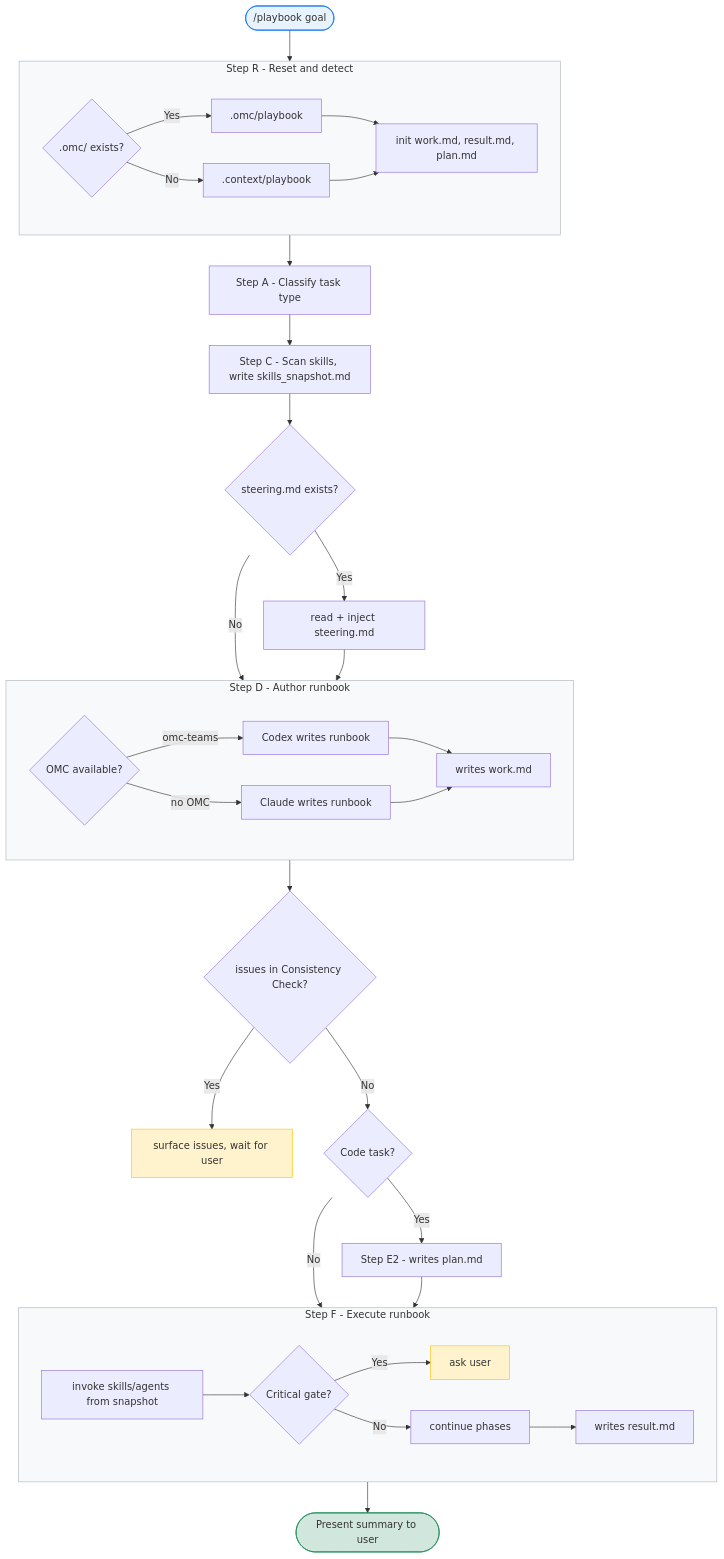
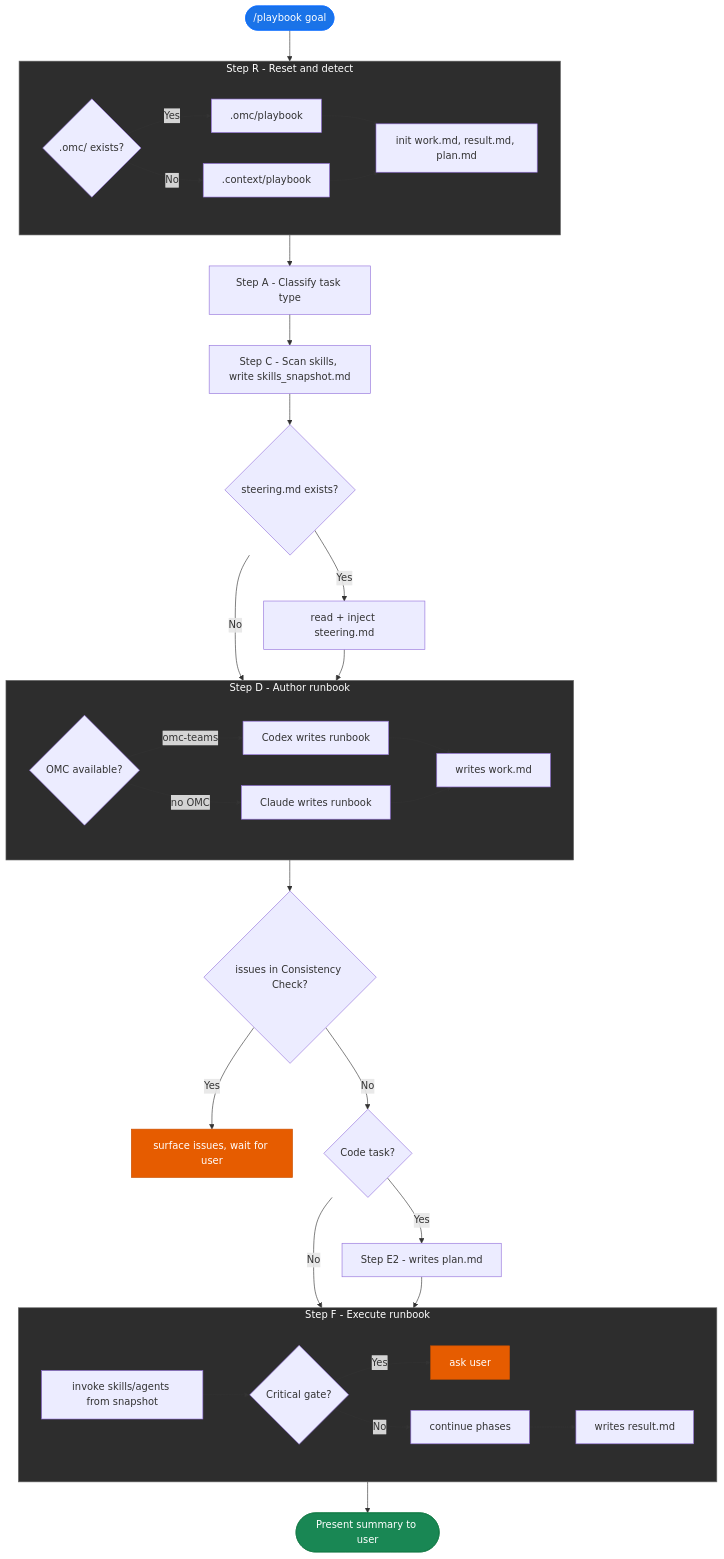
Before and after one commit to AhyoungRyu/claude-code: the diagram in skills/playbook/README.md, drawn with Mermaid.

Commit message:
Improve Mermaid chart contrast: saturated colors with explicit white text

````diff
--- a/skills/playbook/README.md
+++ b/skills/playbook/README.md
@@ -46,55 +46,55 @@
 ```mermaid
 flowchart TD
     START(["/playbook goal"]) --> R
 
     subgraph R["Step R - Reset and detect"]
         R1{".omc/ exists?"}
         R1 -->|Yes| R2[".omc/playbook"]
         R1 -->|No| R3[".context/playbook"]
         R2 & R3 --> R4["init work.md, result.md, plan.md"]
     end
 
     R --> A["Step A - Classify task type"]
 
     A --> C["Step C - Scan skills, write skills_snapshot.md"]
 
     C --> C2{"steering.md exists?"}
     C2 -->|Yes| C2R["read + inject steering.md"]
     C2 -->|No| D
     C2R --> D
 
     subgraph D["Step D - Author runbook"]
         DA{"OMC available?"}
         DA -->|omc-teams| DB["Codex writes runbook"]
         DA -->|no OMC| DC["Claude writes runbook"]
         DB & DC --> DD["writes work.md"]
     end
 
     D --> ISSUE{"issues in Consistency Check?"}
     ISSUE -->|Yes| STOP1["surface issues, wait for user"]
     ISSUE -->|No| CT
 
     CT{"Code task?"}
     CT -->|Yes| E2["Step E2 - writes plan.md"]
     CT -->|No| F
 
     E2 --> F
 
     subgraph F["Step F - Execute runbook"]
         FA["invoke skills/agents from snapshot"]
         FA --> FB{"Critical gate?"}
         FB -->|Yes| STOP2["ask user"]
         FB -->|No| FC["continue phases"]
         FC --> FD["writes result.md"]
     end
 
     F --> DONE(["Present summary to user"])
 
-    style START fill:#e8f4fd,stroke:#0d6efd
-    style DONE  fill:#d1e7dd,stroke:#198754
-    style STOP1 fill:#fff3cd,stroke:#ffc107
-    style STOP2 fill:#fff3cd,stroke:#ffc107
-    style R     fill:#f8f9fa,stroke:#adb5bd
-    style D     fill:#f8f9fa,stroke:#adb5bd
-    style F     fill:#f8f9fa,stroke:#adb5bd
+    style START fill:#1a73e8,stroke:#0d6efd,color:#ffffff
+    style DONE  fill:#198754,stroke:#157a47,color:#ffffff
+    style STOP1 fill:#e65c00,stroke:#c94f00,color:#ffffff
+    style STOP2 fill:#e65c00,stroke:#c94f00,color:#ffffff
+    style R     fill:#2d2d2d,stroke:#666666,color:#ffffff
+    style D     fill:#2d2d2d,stroke:#666666,color:#ffffff
+    style F     fill:#2d2d2d,stroke:#666666,color:#ffffff
 ```
````
